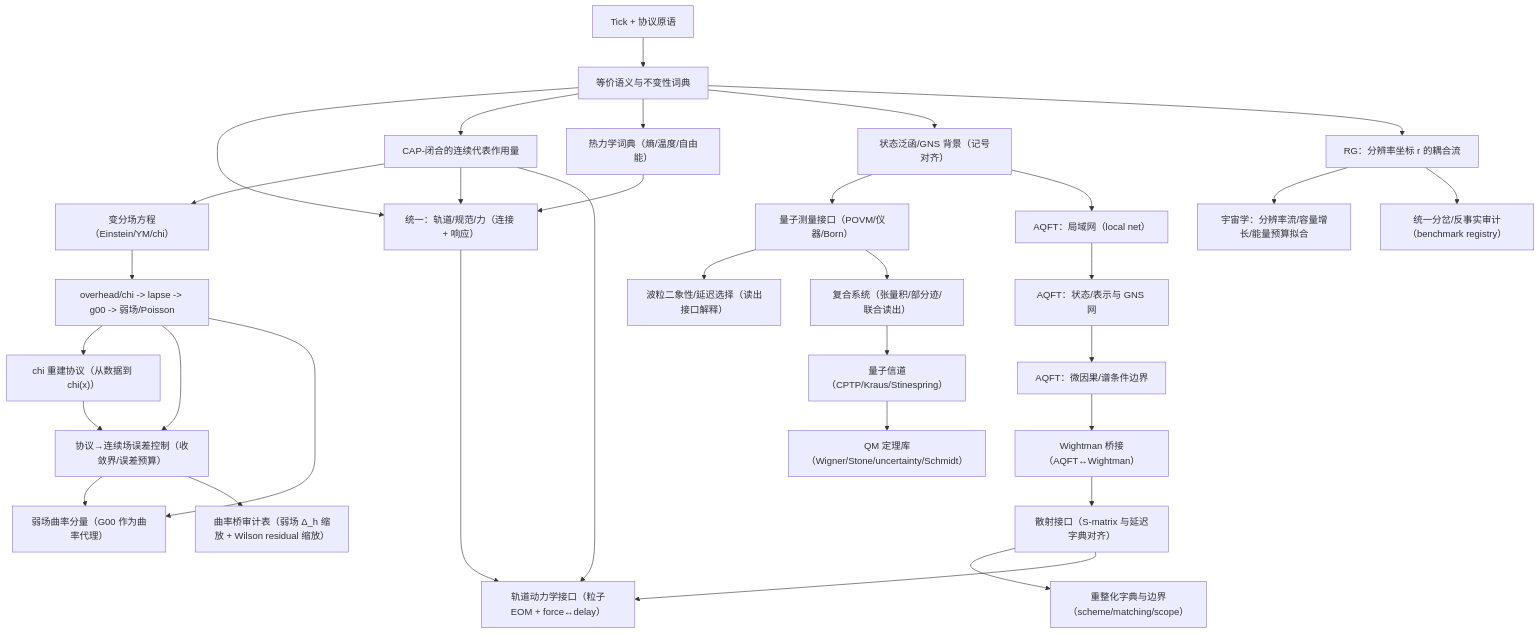
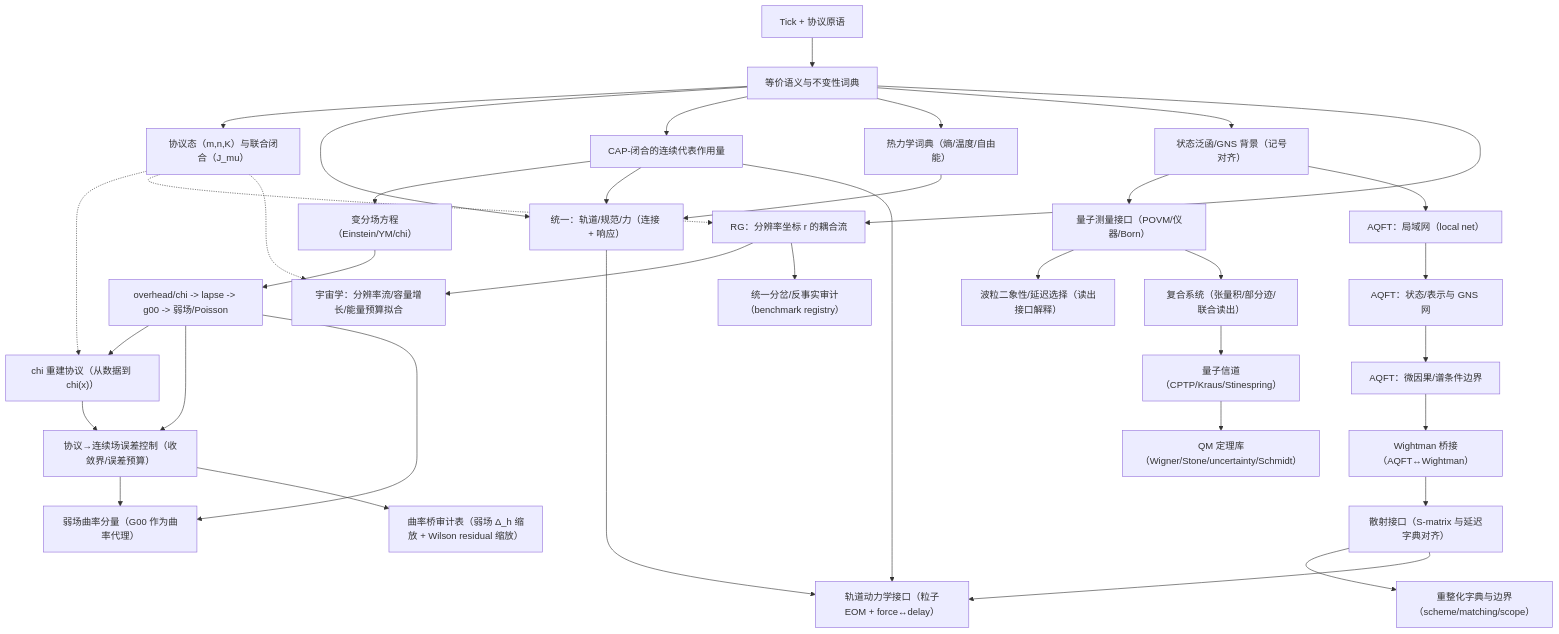
Before and after one commit to loning/the-omega: the first of 2 diagrams in docs/papers/2025_z128_standard_model_stable_sector_hpa_omega/theory_closure_tracker.md, drawn with Mermaid. The commit also changed other lines of this file and 53 other files, not shown here.

````diff
--- a/docs/papers/2025_z128_standard_model_stable_sector_hpa_omega/theory_closure_tracker.md
+++ b/docs/papers/2025_z128_standard_model_stable_sector_hpa_omega/theory_closure_tracker.md
@@ -51,35 +51,41 @@
 ```mermaid
 flowchart TD
   A["Tick + 协议原语"] --> B["等价语义与不变性词典"]
+  B --> PS["协议态（m,n,K）与联合闭合（J_mu）"]
   B --> U["统一：轨道/规范/力（连接 + 响应）"]
   B --> C["CAP-闭合的连续代表作用量"]
   C --> D["变分场方程（Einstein/YM/chi）"]
   B --> E["热力学词典（熵/温度/自由能）"]
   C --> U
   E --> U
   U --> U2["轨道动力学接口（粒子EOM + force↔delay）"]
   C --> U2
   D --> F["overhead/chi -> lapse -> g00 -> 弱场/Poisson"]
   F --> G["chi 重建协议（从数据到 chi(x)）"]
   G --> K["协议→连续场误差控制（收敛界/误差预算）"]
   F --> K
   F --> L["弱场曲率分量（G00 作为曲率代理）"]
   K --> L
   K --> T["曲率桥审计表（弱场 Δ_h 缩放 + Wilson residual 缩放）"]
   B --> H0["状态泛函/GNS 背景（记号对齐）"]
   H0 --> H["量子测量接口（POVM/仪器/Born）"]
   H --> H2["波粒二象性/延迟选择（读出接口解释）"]
   H --> H3["复合系统（张量积/部分迹/联合读出）"]
   H3 --> H4["量子信道（CPTP/Kraus/Stinespring）"]
   H4 --> H5["QM 定理库（Wigner/Stone/uncertainty/Schmidt）"]
   H0 --> Q1["AQFT：局域网（local net）"]
   Q1 --> Q2["AQFT：状态/表示与 GNS 网"]
   Q2 --> Q3["AQFT：微因果/谱条件边界"]
   Q3 --> Q4["Wightman 桥接（AQFT↔Wightman）"]
   Q4 --> Q5["散射接口（S-matrix 与延迟字典对齐）"]
   Q5 --> Q6["重整化字典与边界（scheme/matching/scope）"]
   Q5 --> U2
   B --> I["RG：分辨率坐标 r 的耦合流"]
   I --> J["宇宙学：分辨率流/容量增长/能量预算拟合"]
   I --> U3["统一分岔/反事实审计（benchmark registry）"]
+
+  %% protocol-state convention touches multiple interface modules
+  PS -.-> G
+  PS -.-> I
+  PS -.-> J
 ```
````
